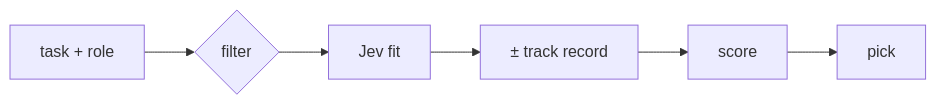
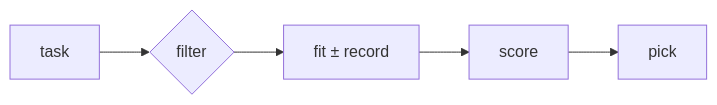
The diagram in README.md (nourhelmi/agent-router), drawn with Mermaid before and after one commit. The commit also changed other lines of this file, not shown here.

Commit message:
docs: code blocks and diagram that fit GitHub's column

````diff
--- a/README.md
+++ b/README.md
@@ -75,8 +78,7 @@
 ```mermaid
 flowchart LR
-    T["task + role"] --> E{"filter"}
-    E --> J["Jev fit"]
-    J --> Q["± track record"]
-    Q --> U["score"]
+    T["task"] --> E{"filter"}
+    E --> J["fit ± record"]
+    J --> U["score"]
     U --> P["pick"]
 ```
````
